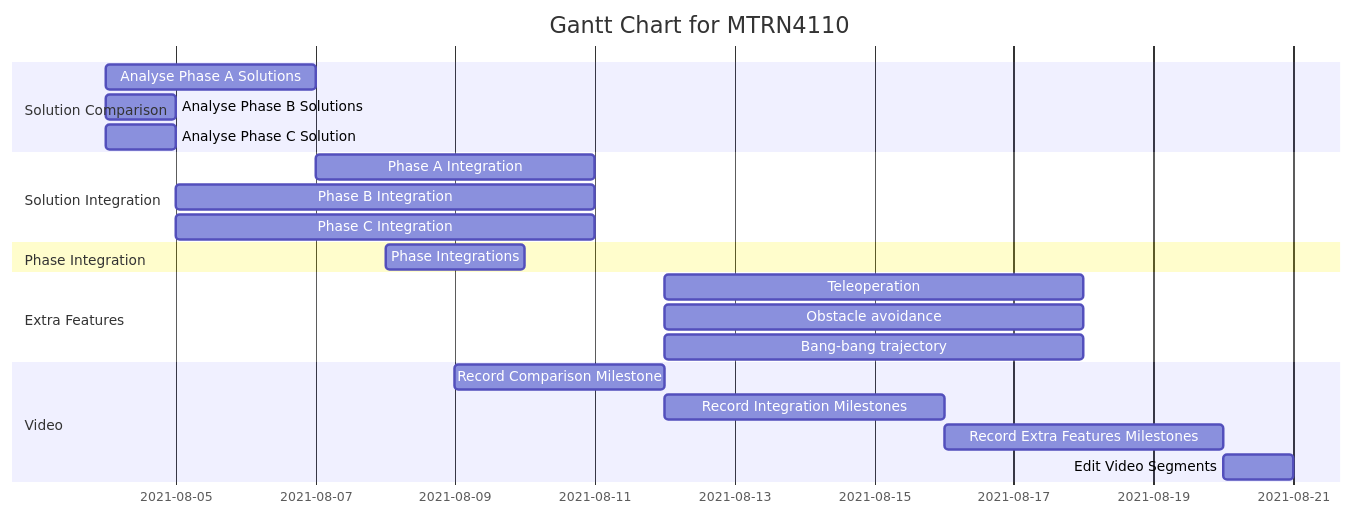
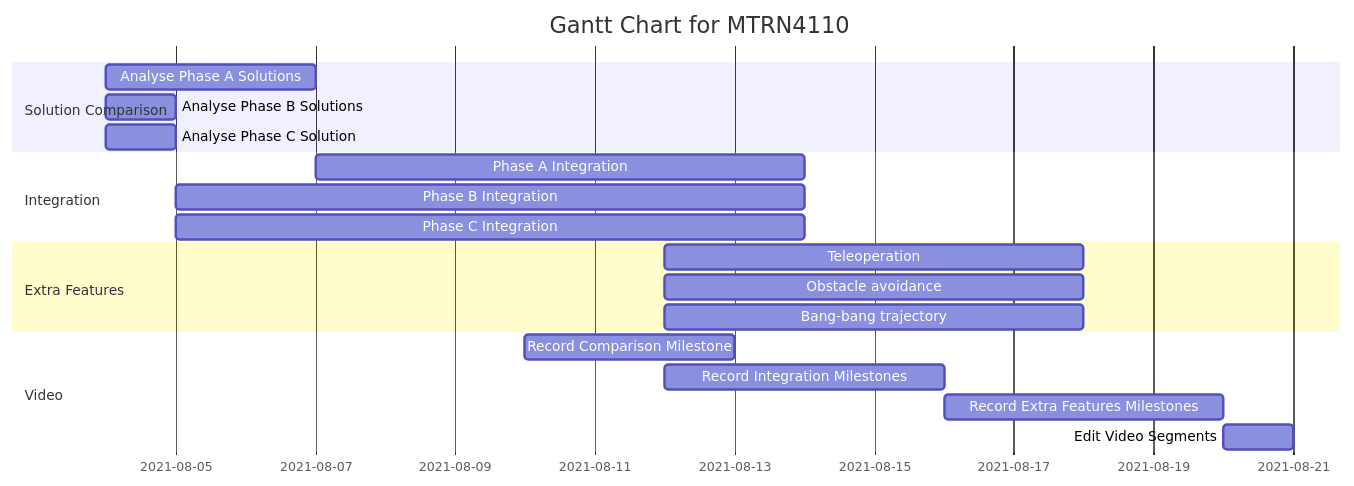
One commit to dennuguyen/mtrn4110-proj changed the diagram in README.md. Above: the diagram before and after it, drawn with Mermaid.

````diff
--- a/README.md
+++ b/README.md
@@ -5,28 +5,25 @@
 ```mermaid
 gantt
     title Gantt Chart for MTRN4110
     dateFormat  DD-MM-YYYY
     section Solution Comparison
     Analyse Phase A Solutions       :04-08-2021, 07-08-2021
     Analyse Phase B Solutions       :04-08-2021, 05-08-2021
     Analyse Phase C Solution        :04-08-2021, 05-08-2021
 
-    section Solution Integration
-    Phase A Integration             :07-08-2021, 4d
-    Phase B Integration             :05-08-2021, 6d
-    Phase C Integration             :05-08-2021, 6d
-
-    section Phase Integration
-    Phase Integrations              :08-08-2021, 2d
+    section Integration
+    Phase A Integration             :07-08-2021, 7d
+    Phase B Integration             :05-08-2021, 9d
+    Phase C Integration             :05-08-2021, 9d
 
     section Extra Features
     Teleoperation              :12-08-2021, 6d
     Obstacle avoidance         :12-08-2021, 6d
     Bang-bang trajectory       :12-08-2021, 6d
 
     section Video
-    Record Comparison Milestone           :09-08-2021, 3d
+    Record Comparison Milestone           :10-08-2021, 3d
     Record Integration Milestones         :12-08-2021, 4d
     Record Extra Features Milestones      :16-08-2021, 4d
     Edit Video Segments                   :20-08-2021, 1d
 ```
````
